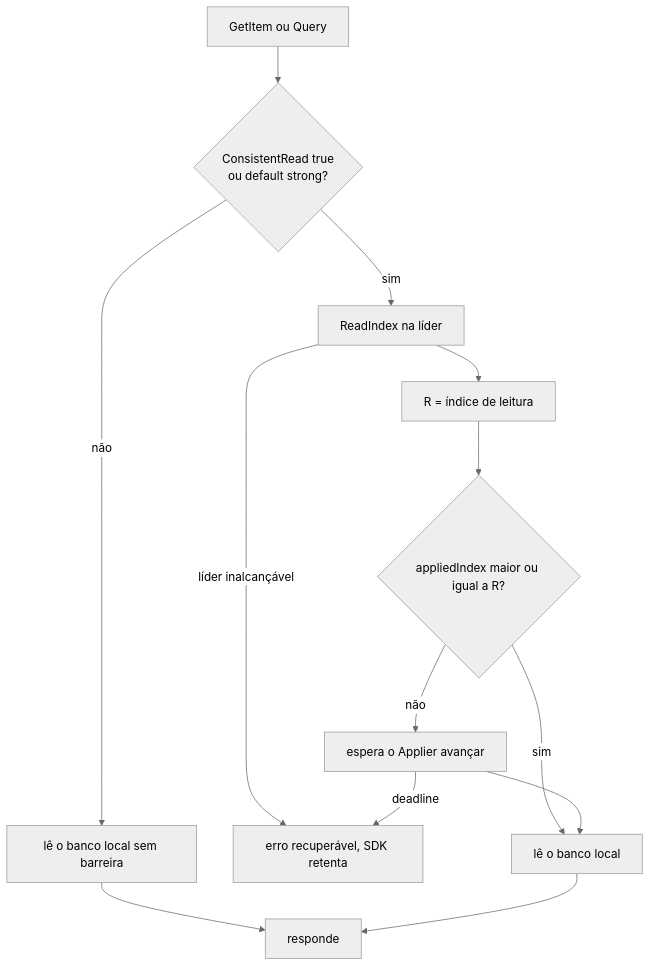
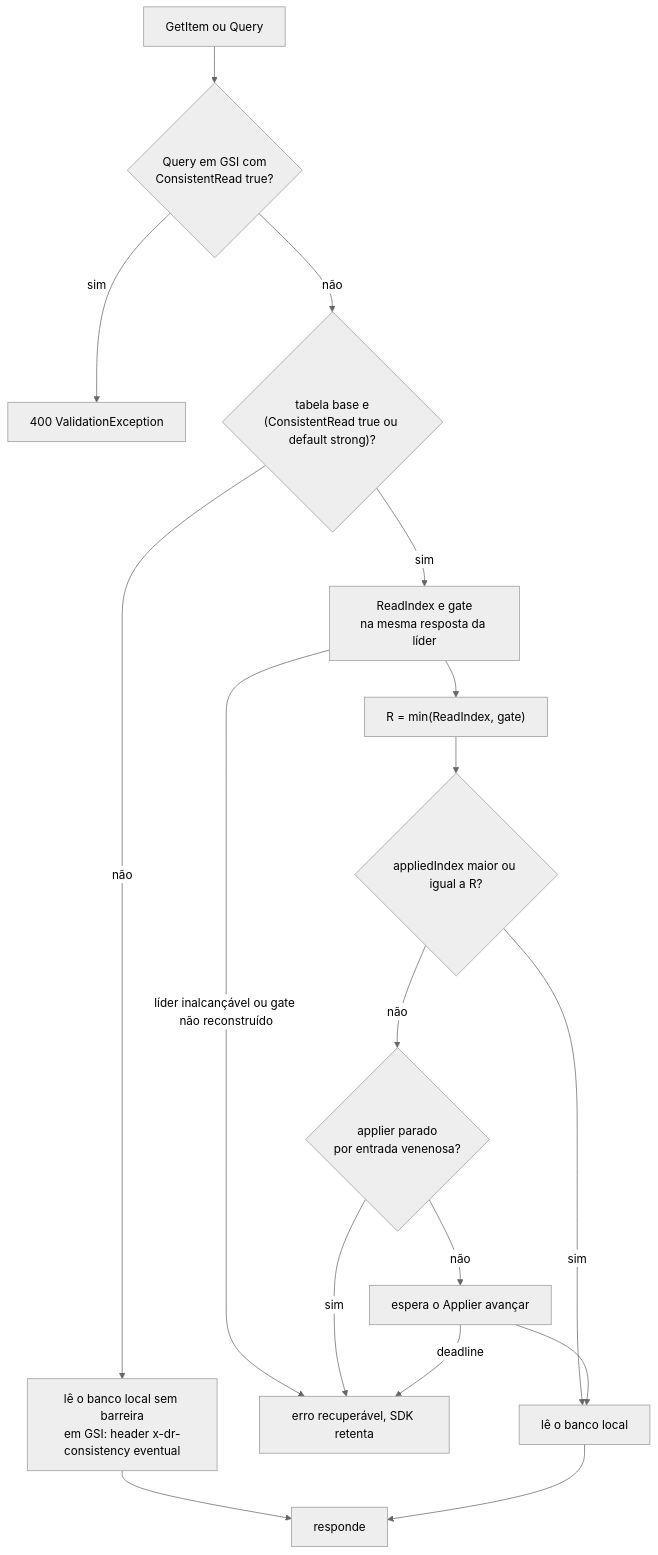
One commit to brbarmex/k changed the eighth of 10 diagrams in 05_implementacao/02_desenho_e_diagramas.md. Above: the diagram before and after it, drawn with Mermaid (neutral theme). The commit also changed other lines of this file and 139 other files, not shown here.

````diff
--- a/05_implementacao/02_desenho_e_diagramas.md
+++ b/05_implementacao/02_desenho_e_diagramas.md
@@ -235,15 +245,19 @@
 ```mermaid
 flowchart TD
-    A["GetItem ou Query"] --> B{"ConsistentRead true<br/>ou default strong?"}
-    B -->|não| C["lê o banco local sem barreira"]
+    A["GetItem ou Query"] --> I0{"Query em GSI com<br/>ConsistentRead true?"}
+    I0 -->|sim| V["400 ValidationException"]
+    I0 -->|não| B{"tabela base e<br/>(ConsistentRead true ou default strong)?"}
+    B -->|não| C["lê o banco local sem barreira<br/>em GSI: header x-dr-consistency eventual"]
     C --> R["responde"]
-    B -->|sim| D["ReadIndex na líder"]
-    D -->|líder inalcançável| E["erro recuperável, SDK retenta"]
-    D --> F["R = índice de leitura"]
+    B -->|sim| D["ReadIndex e gate<br/>na mesma resposta da líder"]
+    D -->|líder inalcançável ou gate não reconstruído| E["erro recuperável, SDK retenta"]
+    D --> F["R = min(ReadIndex, gate)"]
     F --> G{"appliedIndex maior ou igual a R?"}
     G -->|sim| H["lê o banco local"]
-    G -->|não| I["espera o Applier avançar"]
+    G -->|não| J{"applier parado<br/>por entrada venenosa?"}
+    J -->|sim| E
+    J -->|não| I["espera o Applier avançar"]
     I -->|deadline| E
     I --> H
     H --> R
 ```
````
